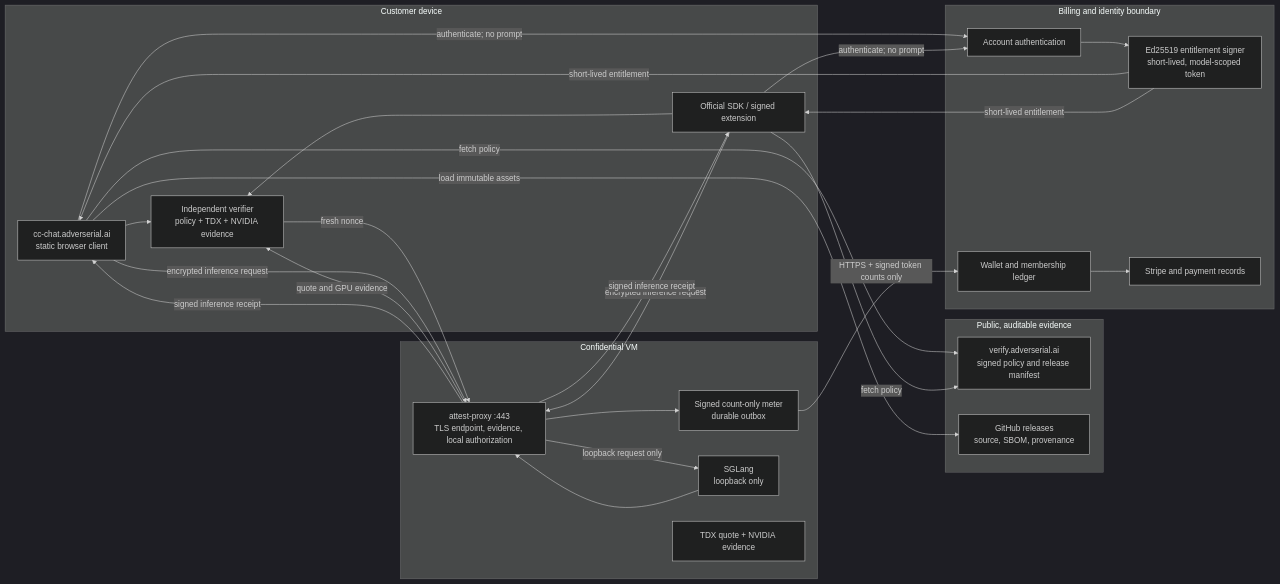
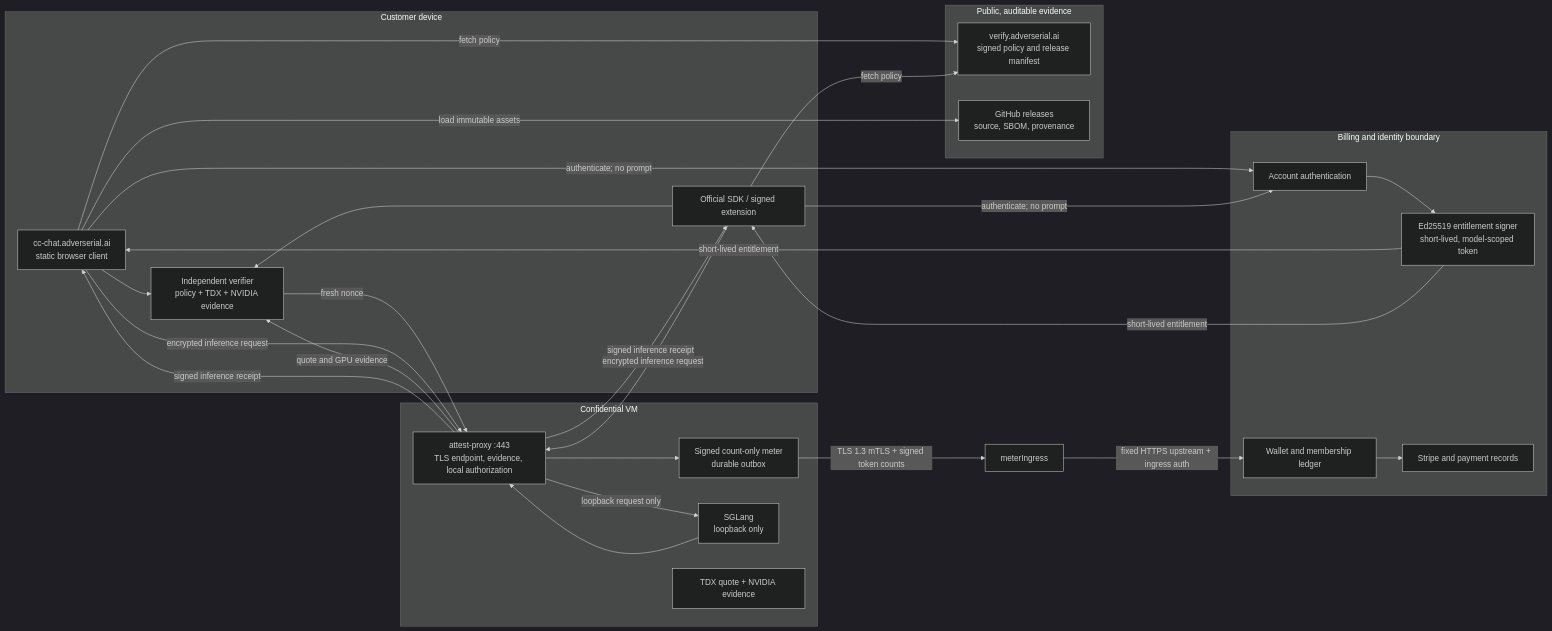
The first of 2 diagrams in ARCHITECTURE.md (AdverserialAI/confidential-infra), drawn with Mermaid (dark theme) before and after one commit. The commit also changed other lines of this file and 5 other files, not shown here.

Commit message:
Require mTLS meter ingress in confidential CVM profile

````diff
--- a/ARCHITECTURE.md
+++ b/ARCHITECTURE.md
@@ -10,51 +10,52 @@
 ```mermaid
 flowchart LR
   subgraph device[Customer device]
     chat[cc-chat.adverserial.ai\nstatic browser client]
     sdk[Official SDK / signed extension]
     verifier[Independent verifier\npolicy + TDX + NVIDIA evidence]
   end
 
   subgraph public[Public, auditable evidence]
     policy[verify.adverserial.ai\nsigned policy and release manifest]
     source[GitHub releases\nsource, SBOM, provenance]
   end
 
   subgraph billing[Billing and identity boundary]
     identity[Account authentication]
     signer[Ed25519 entitlement signer\nshort-lived, model-scoped token]
     ledger[Wallet and membership ledger]
     payments[Stripe and payment records]
   end
 
   subgraph cvm[Confidential VM]
     edge[attest-proxy :443\nTLS endpoint, evidence, local authorization]
     meter[Signed count-only meter\ndurable outbox]
     model[SGLang\nloopback only]
     evidence[TDX quote + NVIDIA evidence]
   end
 
   chat -->|load immutable assets| source
   chat -->|fetch policy| policy
   sdk -->|fetch policy| policy
   chat --> verifier
   sdk --> verifier
   verifier -->|fresh nonce| edge
   edge -->|quote and GPU evidence| verifier
 
   chat -->|authenticate; no prompt| identity
   sdk -->|authenticate; no prompt| identity
   identity --> signer
   signer -->|short-lived entitlement| chat
   signer -->|short-lived entitlement| sdk
 
   chat -->|encrypted inference request| edge
   sdk -->|encrypted inference request| edge
   edge -->|loopback request only| model
   model --> edge
   edge -->|signed inference receipt| chat
   edge -->|signed inference receipt| sdk
   edge --> meter
-  meter -->|HTTPS + signed token counts only| ledger
+  meter -->|TLS 1.3 mTLS + signed token counts| meterIngress
+  meterIngress -->|fixed HTTPS upstream + ingress auth| ledger
   ledger --> payments
 ```
````
